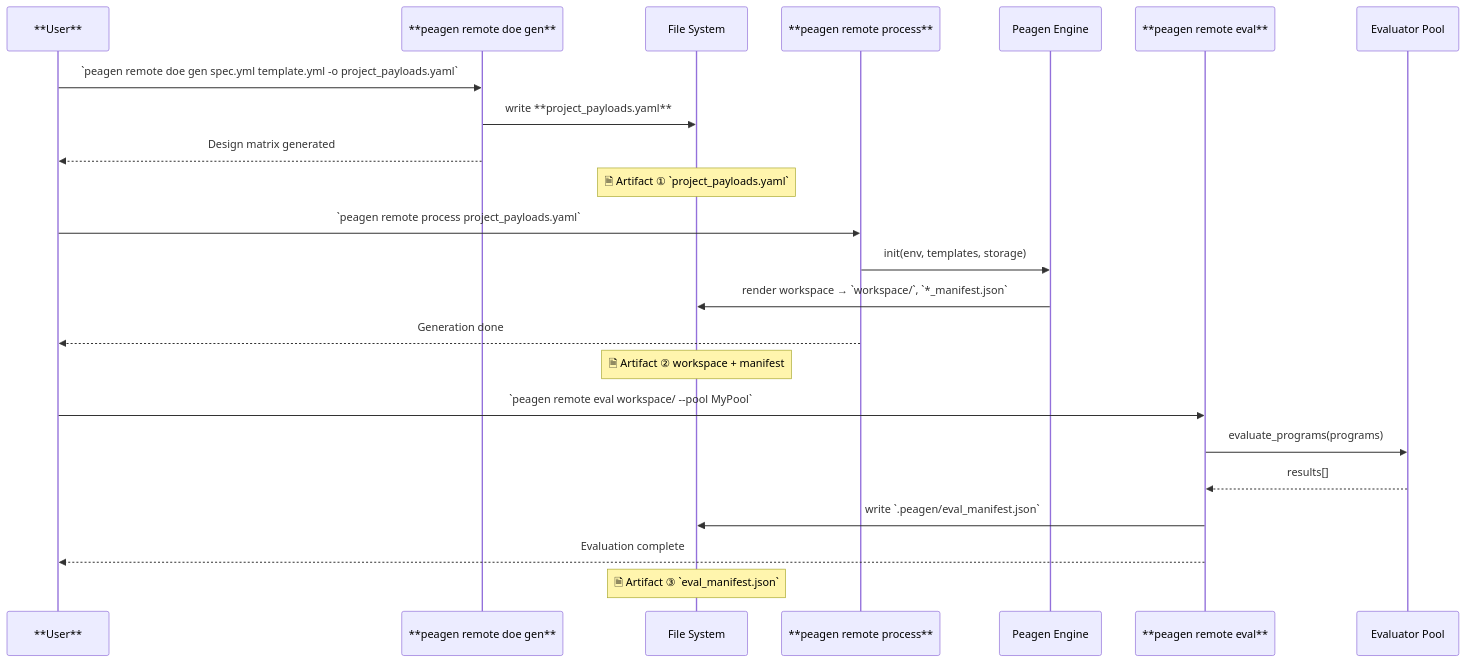
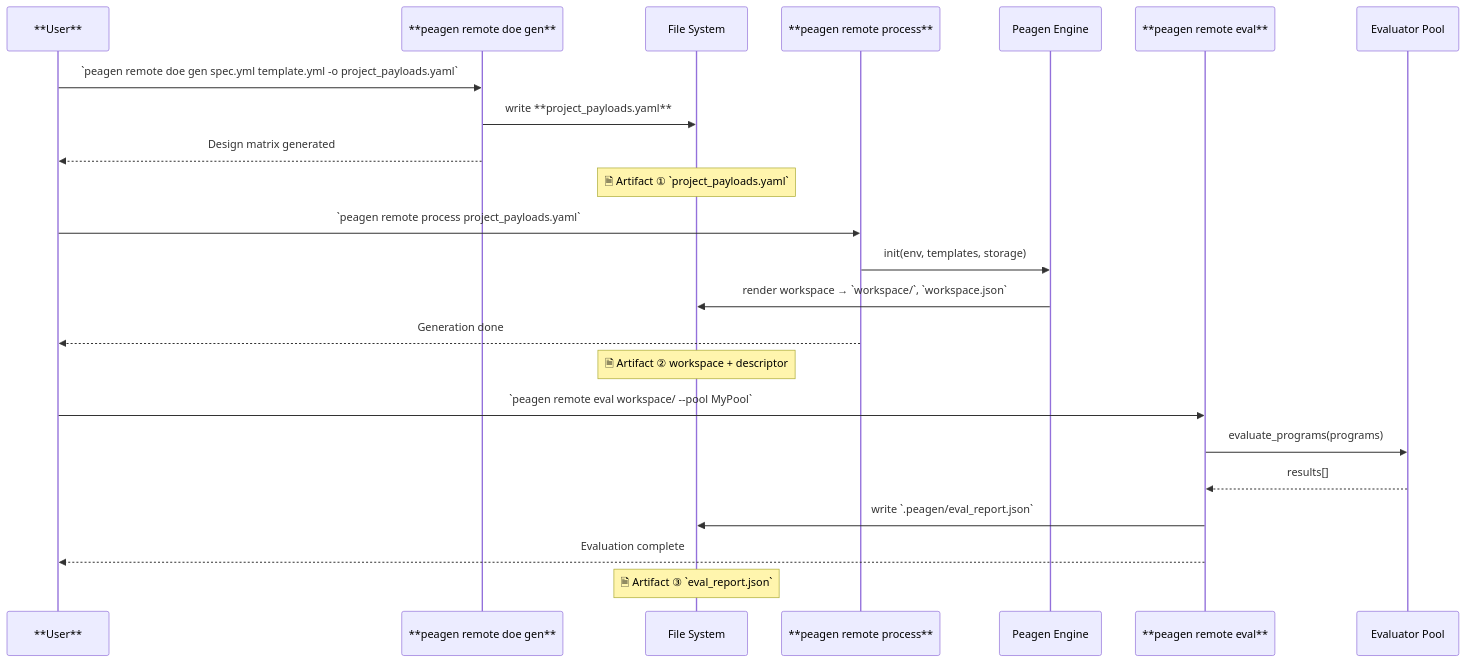
One commit to swarmauri/swarmauri-sdk changed the diagram in pkgs/standards/peagen/docs/call_flows/doe_to_eval_remote.mmd. Above: the diagram before and after it, drawn with Mermaid. The commit also changed 35 other files, not shown here.

```diff
--- a/pkgs/standards/peagen/docs/call_flows/doe_to_eval_remote.mmd
+++ b/pkgs/standards/peagen/docs/call_flows/doe_to_eval_remote.mmd
@@ -1,30 +1,30 @@
 sequenceDiagram
     %% Participants
     participant U as **User**
     participant DOE as **peagen remote doe gen**
     participant FS as File System
     participant PROC as **peagen remote process**
     participant PE as Peagen Engine
     participant EVAL as **peagen remote eval**
     participant POOL as Evaluator Pool
     
     %% DOE GEN
     U ->> DOE: `peagen remote doe gen spec.yml template.yml -o project_payloads.yaml`
     DOE ->> FS: write **project_payloads.yaml**
     DOE -->> U: Design matrix generated  
     Note over FS: 🗎 Artifact ① `project_payloads.yaml`
     
     %% PROCESS
     U ->> PROC: `peagen remote process project_payloads.yaml`
     PROC ->> PE: init(env, templates, storage)
-    PE ->> FS: render workspace → `workspace/`, `*_manifest.json`
+    PE ->> FS: render workspace → `workspace/`, `workspace.json`
     PROC -->> U: Generation done  
-    Note over FS: 🗎 Artifact ② workspace + manifest
+    Note over FS: 🗎 Artifact ② workspace + descriptor
     
     %% EVAL (same workspace)
     U ->> EVAL: `peagen remote eval workspace/ --pool MyPool`
     EVAL ->> POOL: evaluate_programs(programs)
     POOL -->> EVAL: results[]
-    EVAL ->> FS: write `.peagen/eval_manifest.json`
+    EVAL ->> FS: write `.peagen/eval_report.json`
     EVAL -->> U: Evaluation complete  
-    Note over FS: 🗎 Artifact ③ `eval_manifest.json`
+    Note over FS: 🗎 Artifact ③ `eval_report.json`
```
